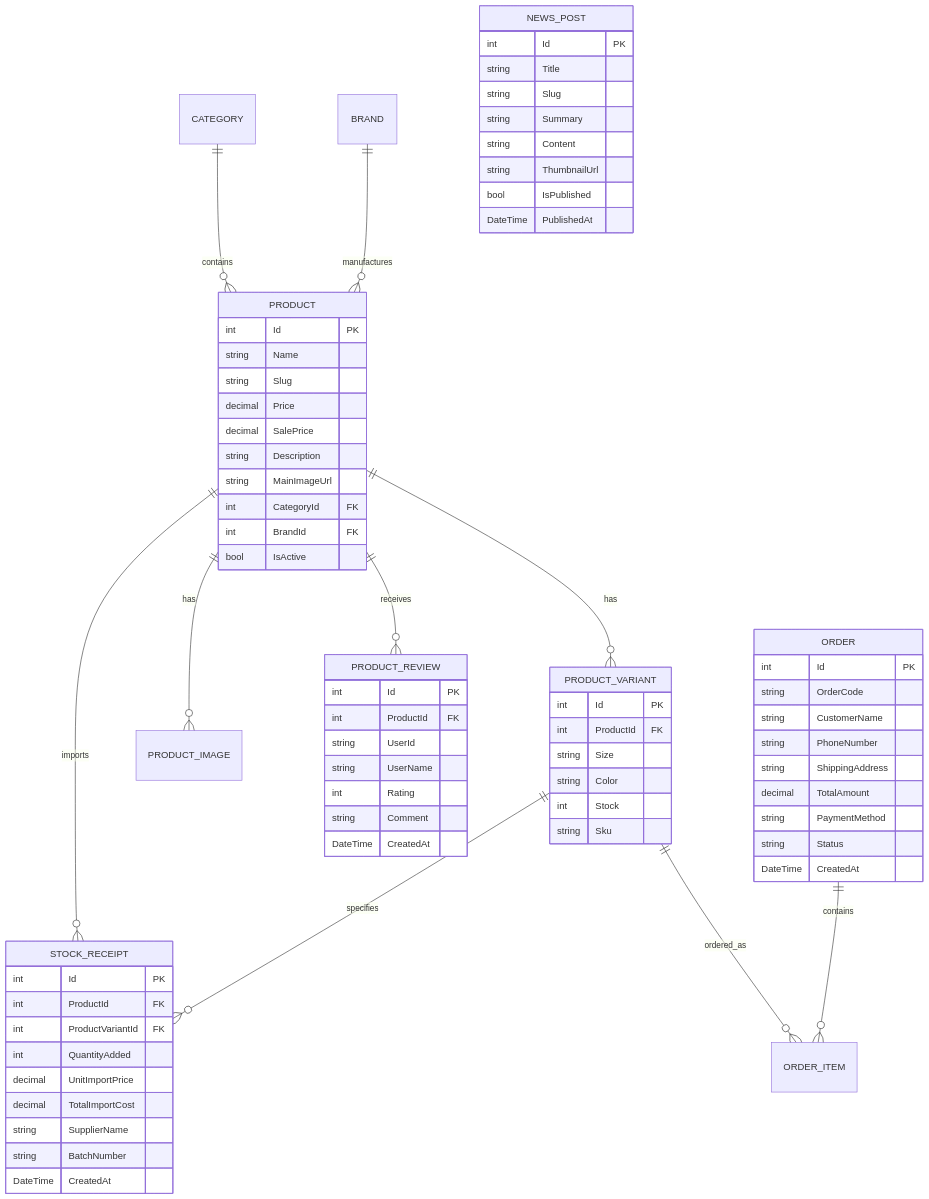
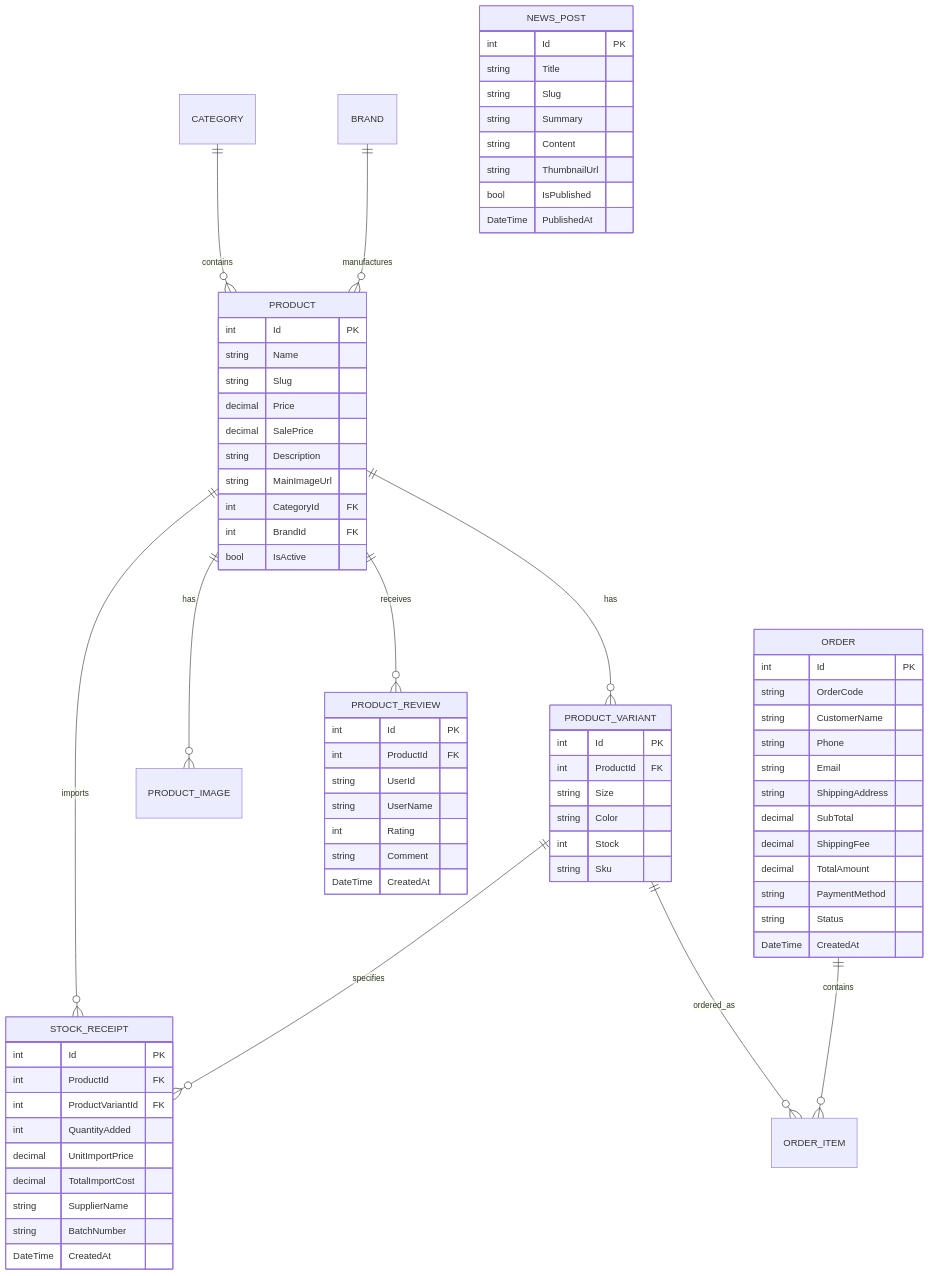
Before and after one commit to mtd2k4/Website_TieuDaoBadminton: the diagram in README.md, drawn with Mermaid. The commit also changed other lines of this file and 11 other files, not shown here.

````diff
--- a/README.md
+++ b/README.md
@@ -229,79 +188,82 @@
 ```mermaid
 erDiagram
     CATEGORY ||--o{ PRODUCT : contains
     BRAND ||--o{ PRODUCT : manufactures
     PRODUCT ||--o{ PRODUCT_VARIANT : has
     PRODUCT ||--o{ PRODUCT_IMAGE : has
     PRODUCT ||--o{ PRODUCT_REVIEW : receives
     PRODUCT ||--o{ STOCK_RECEIPT : imports
     PRODUCT_VARIANT ||--o{ STOCK_RECEIPT : specifies
     PRODUCT_VARIANT ||--o{ ORDER_ITEM : ordered_as
     ORDER ||--o{ ORDER_ITEM : contains
 
     PRODUCT {
         int Id PK
         string Name
         string Slug
         decimal Price
         decimal SalePrice
         string Description
         string MainImageUrl
         int CategoryId FK
         int BrandId FK
         bool IsActive
     }
 
     PRODUCT_VARIANT {
         int Id PK
         int ProductId FK
         string Size
         string Color
         int Stock
         string Sku
     }
 
     STOCK_RECEIPT {
         int Id PK
         int ProductId FK
         int ProductVariantId FK
         int QuantityAdded
         decimal UnitImportPrice
         decimal TotalImportCost
         string SupplierName
         string BatchNumber
         DateTime CreatedAt
     }
 
     ORDER {
         int Id PK
         string OrderCode
         string CustomerName
-        string PhoneNumber
+        string Phone
+        string Email
         string ShippingAddress
+        decimal SubTotal
+        decimal ShippingFee
         decimal TotalAmount
         string PaymentMethod
         string Status
         DateTime CreatedAt
     }
 
     PRODUCT_REVIEW {
         int Id PK
         int ProductId FK
         string UserId
         string UserName
         int Rating
         string Comment
         DateTime CreatedAt
     }
 
     NEWS_POST {
         int Id PK
         string Title
         string Slug
         string Summary
         string Content
         string ThumbnailUrl
         bool IsPublished
         DateTime PublishedAt
     }
 ```
````
